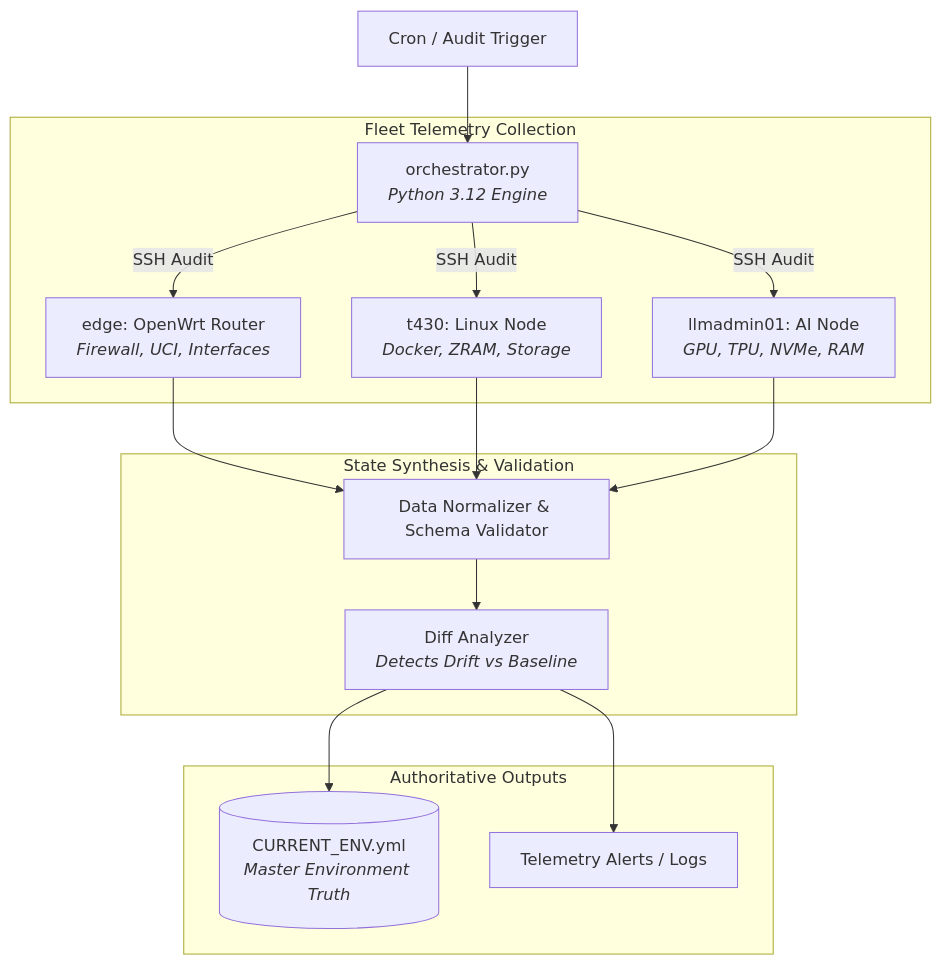
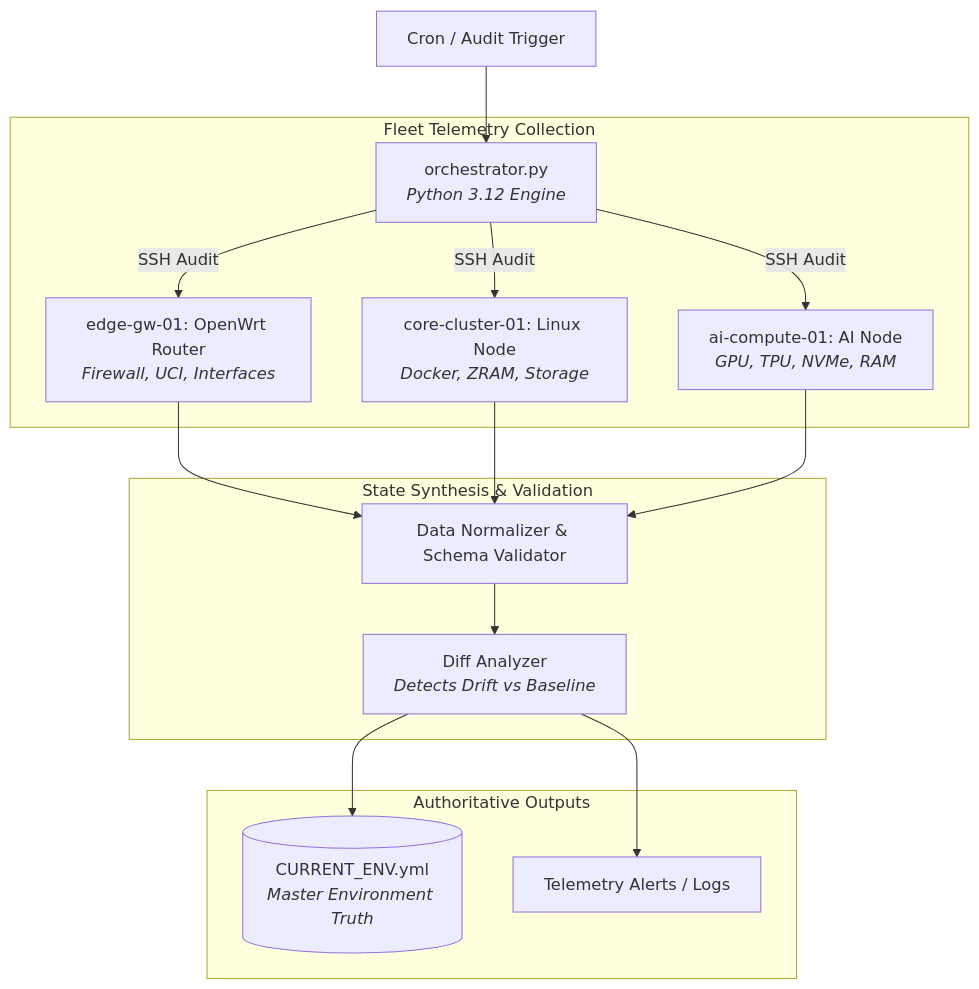
Before and after one commit to rpdev-cdn/iamrp.dev: the diagram in content/Projects/Infrastructure-and-CICD/Infra_Audit_Engine.md, drawn with Mermaid. The commit also changed other lines of this file and 220 other files, not shown here.

````diff
--- a/content/Projects/Infrastructure-and-CICD/Infra_Audit_Engine.md
+++ b/content/Projects/Infrastructure-and-CICD/Infra_Audit_Engine.md
@@ -24,22 +24,22 @@
 ```mermaid
 graph TD
     A[Cron / Audit Trigger] --> B[orchestrator.py<br><i>Python 3.12 Engine</i>]
     
     subgraph Fleet Telemetry Collection
-        B -->|SSH Audit| C[edge: OpenWrt Router<br><i>Firewall, UCI, Interfaces</i>]
-        B -->|SSH Audit| D[t430: Linux Node<br><i>Docker, ZRAM, Storage</i>]
-        B -->|SSH Audit| E[llmadmin01: AI Node<br><i>GPU, TPU, NVMe, RAM</i>]
+        B -->|SSH Audit| C[edge-gw-01: OpenWrt Router<br><i>Firewall, UCI, Interfaces</i>]
+        B -->|SSH Audit| D[core-cluster-01: Linux Node<br><i>Docker, ZRAM, Storage</i>]
+        B -->|SSH Audit| E[ai-compute-01: AI Node<br><i>GPU, TPU, NVMe, RAM</i>]
     end
 
     subgraph State Synthesis & Validation
         C --> F[Data Normalizer & Schema Validator]
         D --> F
         E --> F
         F --> G[Diff Analyzer<br><i>Detects Drift vs Baseline</i>]
     end
 
     subgraph Authoritative Outputs
         G --> H[(CURRENT_ENV.yml<br><i>Master Environment Truth</i>)]
         G --> I[Telemetry Alerts / Logs]
     end
 ```
````
